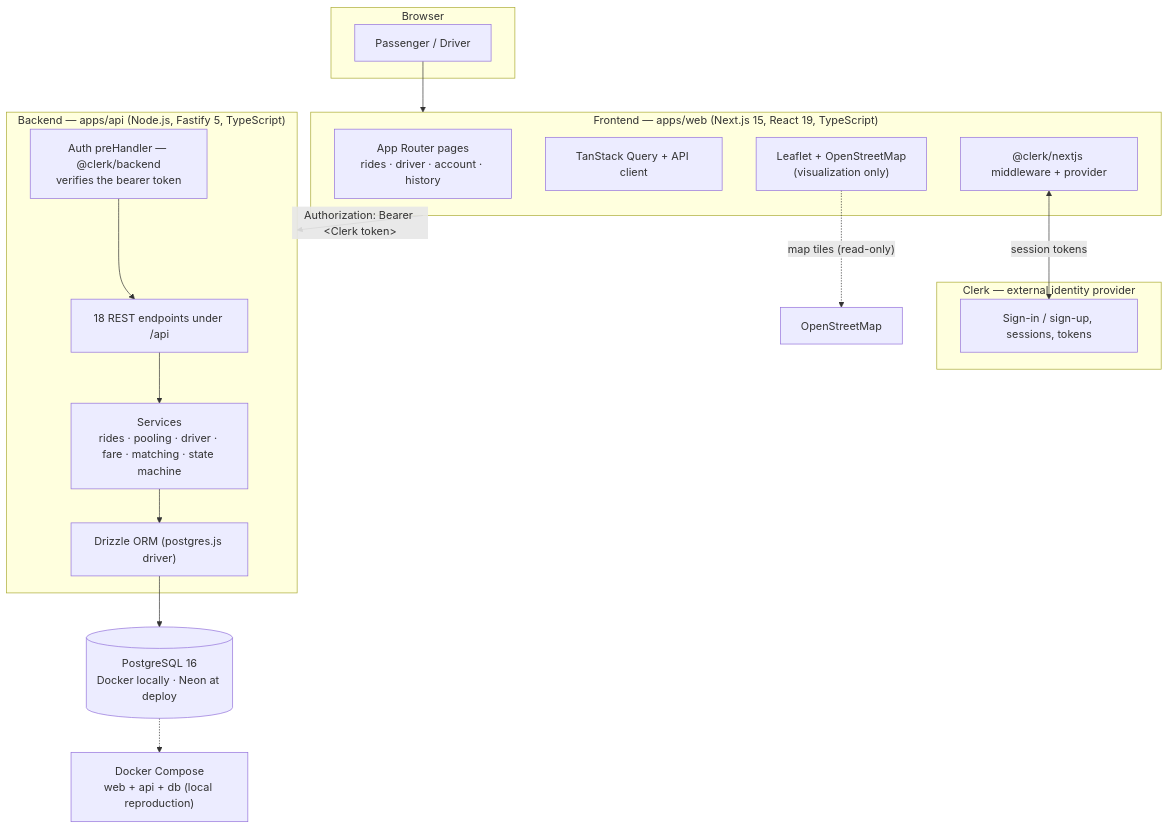
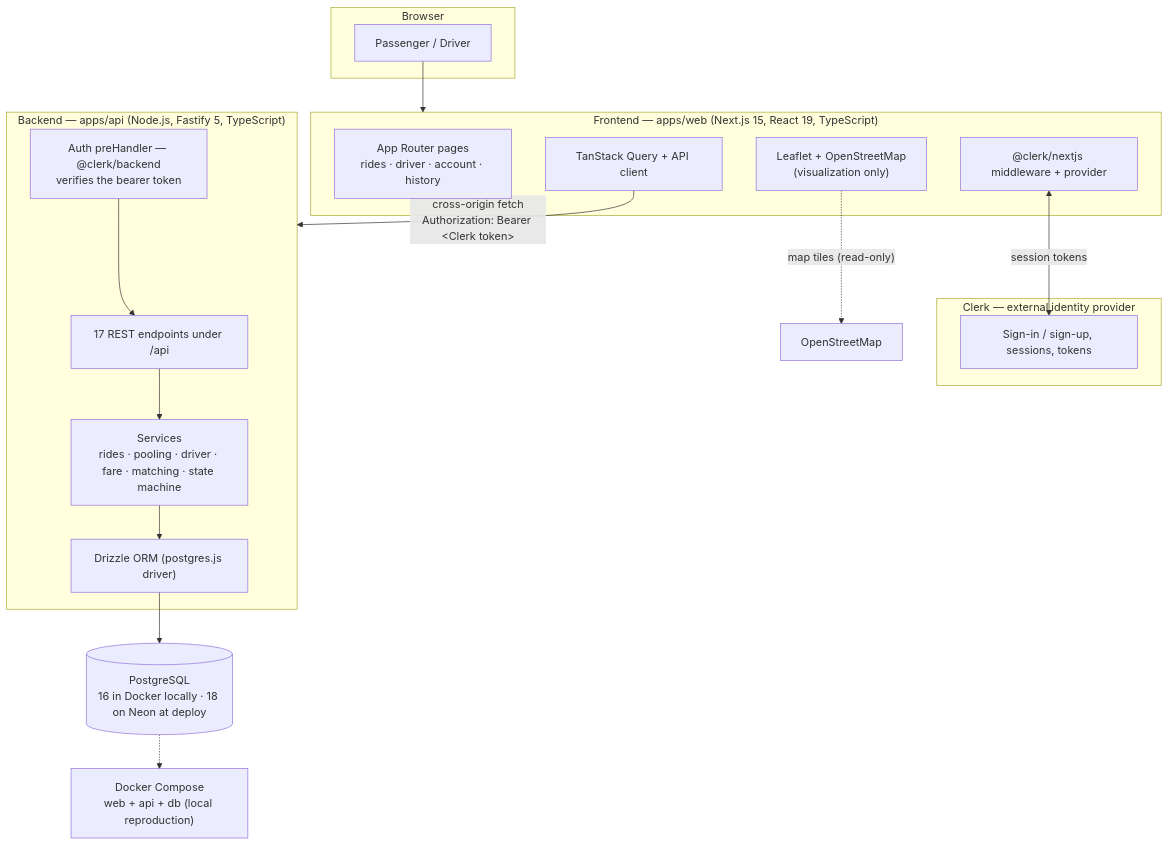
The fifth of 6 diagrams in README.md (TanmoyGG/Dhaka-Tesla-Pool), drawn with Mermaid before and after one commit. The commit also changed other lines of this file and 7 other files, not shown here.

````diff
--- a/README.md
+++ b/README.md
@@ -272,39 +276,39 @@
 ```mermaid
 flowchart TB
     subgraph Browser["Browser"]
         P["Passenger / Driver"]
     end
 
     P --> WEB
 
     subgraph WEB["Frontend — apps/web (Next.js 15, React 19, TypeScript)"]
         UI["App Router pages</br>rides · driver · account · history"]
         Q["TanStack Query + API client"]
         MAP["Leaflet + OpenStreetMap</br>(visualization only)"]
         CW["@clerk/nextjs middleware + provider"]
     end
 
     subgraph CLERK["Clerk — external identity provider"]
         CLS["Sign-in / sign-up, sessions, tokens"]
     end
 
     CW <-->|"session tokens"| CLS
 
     subgraph API["Backend — apps/api (Node.js, Fastify 5, TypeScript)"]
-        RT["18 REST endpoints under /api"]
+        RT["17 REST endpoints under /api"]
         AU["Auth preHandler — @clerk/backend</br>verifies the bearer token"]
         SV["Services</br>rides · pooling · driver · fare · matching · state machine"]
         ORM["Drizzle ORM (postgres.js driver)"]
     end
 
-    WEB -->|"Authorization: Bearer &lt;Clerk token&gt;"| API
+    Q -->|"cross-origin fetch<br/>Authorization: Bearer &lt;Clerk token&gt;"| API
     AU --> RT
     RT --> SV
     SV --> ORM
-    ORM --> DB[("PostgreSQL 16</br>Docker locally · Neon at deploy")]
+    ORM --> DB[("PostgreSQL<br/>16 in Docker locally · 18 on Neon at deploy")]
 
     MAP -.->|"map tiles (read-only)"| OSM["OpenStreetMap"]
 
     DOCKER["Docker Compose</br>web + api + db (local reproduction)"]
     DB -.-> DOCKER
 ```
````
